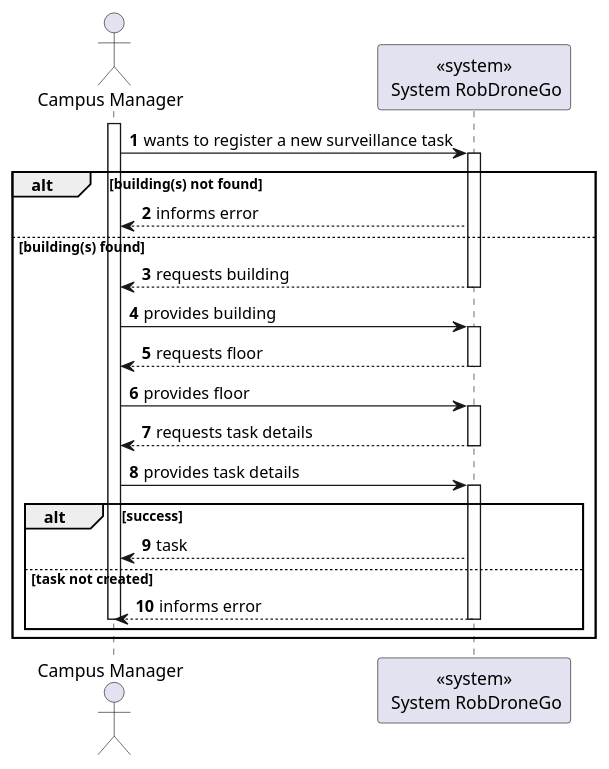
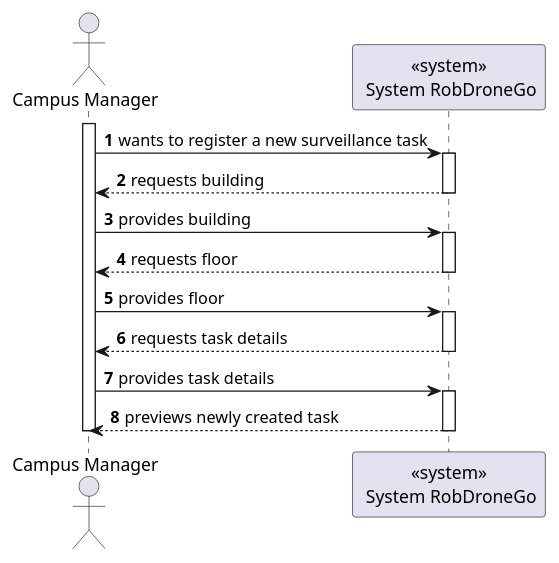
One commit to Departamento-de-Engenharia-Informatica/lapr5-23-24-g19 changed the diagram in docs/us460/surveillance/level1/process-view.puml. Above: the diagram before and after it, drawn with PlantUML. The commit also changed 11 other files, not shown here.

```diff
--- a/docs/us460/surveillance/level1/process-view.puml
+++ b/docs/us460/surveillance/level1/process-view.puml
@@ -1,38 +1,30 @@
 @startuml
 autonumber
 
 actor "Campus Manager" as usr
 
 participant "<<system>>\n System RobDroneGo" as sys
 
 activate usr
 usr -> sys : wants to register a new surveillance task
     activate sys
-alt building(s) not found
-    sys --> usr : informs error
-else building(s) found
-    sys --> usr : requests building
+        sys --> usr : requests building
     deactivate sys
     usr -> sys : provides building
 
     activate sys
         sys --> usr : requests floor
     deactivate sys
 
     usr -> sys : provides floor
     activate sys
     sys --> usr : requests task details
     deactivate sys
 
     usr -> sys : provides task details
     activate sys
-    alt success
-        sys --> usr : task
-    else task not created
-        sys --> usr : informs error
+    sys --> usr : previews newly created task
     deactivate sys
 deactivate usr
-    end
-end
 
 @enduml
```
